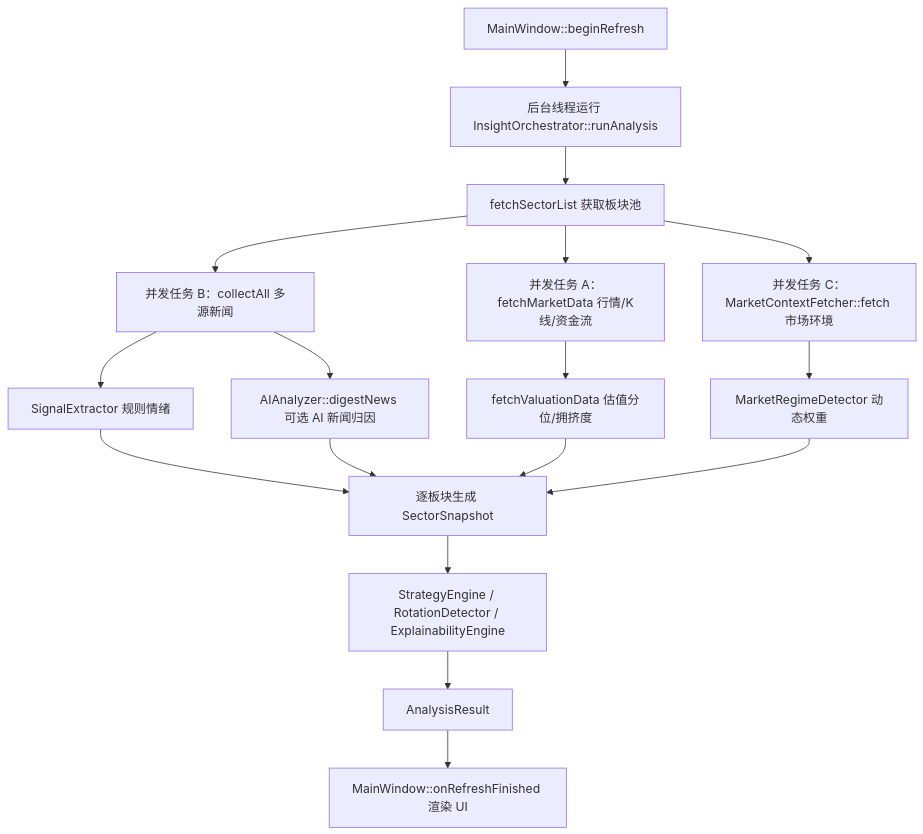
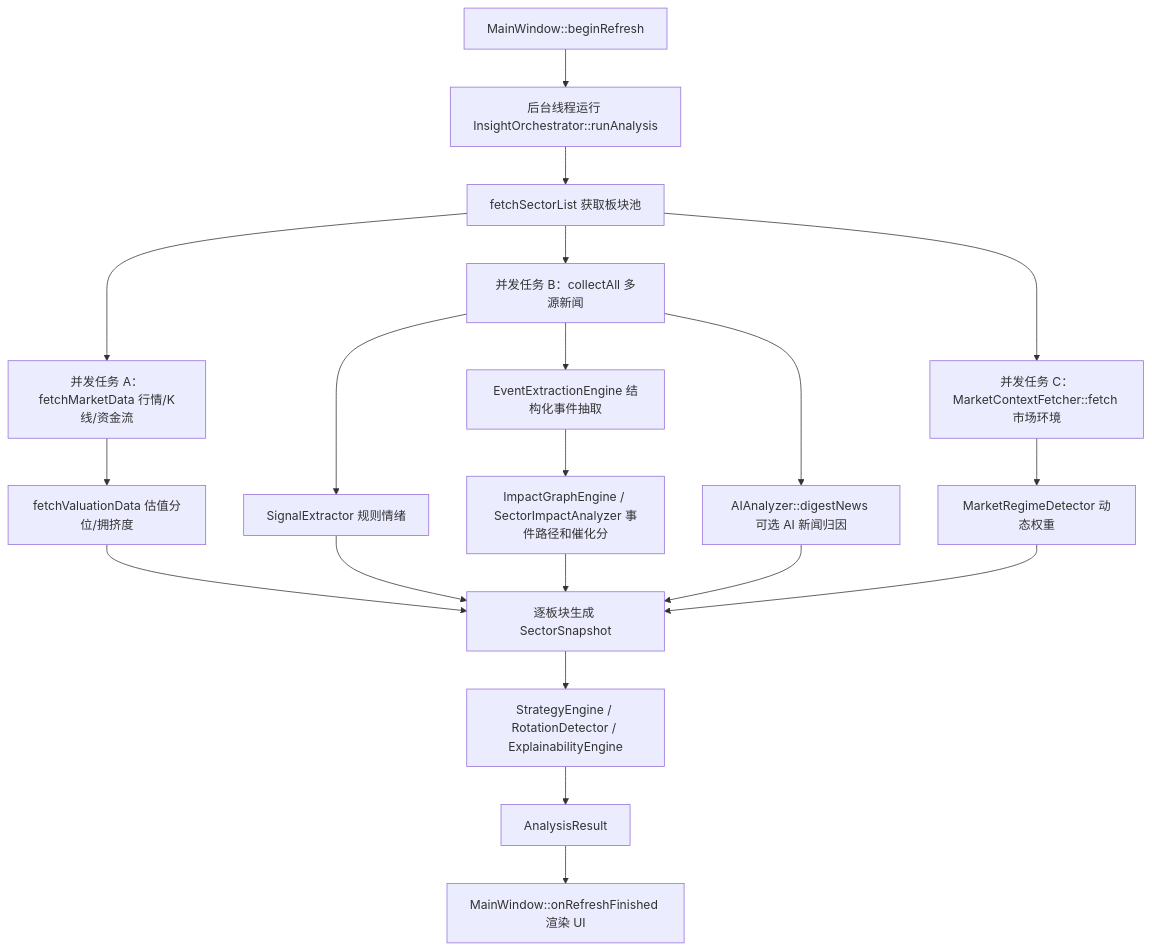
The diagram in docs/codex/PROJECT_CONTEXT.md (WavesTop/investmentTools), drawn with Mermaid before and after one commit. The commit also changed other lines of this file and 5 other files, not shown here.

````diff
--- a/docs/codex/PROJECT_CONTEXT.md
+++ b/docs/codex/PROJECT_CONTEXT.md
@@ -83,19 +83,22 @@
 ```mermaid
 flowchart TD
     A["MainWindow::beginRefresh"] --> B["后台线程运行 InsightOrchestrator::runAnalysis"]
     B --> C["fetchSectorList 获取板块池"]
     C --> D["并发任务 A：fetchMarketData 行情/K线/资金流"]
     C --> E["并发任务 B：collectAll 多源新闻"]
     C --> F["并发任务 C：MarketContextFetcher::fetch 市场环境"]
     E --> G["SignalExtractor 规则情绪"]
+    E --> EV["EventExtractionEngine 结构化事件抽取"]
+    EV --> EG["ImpactGraphEngine / SectorImpactAnalyzer 事件路径和催化分"]
     E --> H["AIAnalyzer::digestNews 可选 AI 新闻归因"]
     D --> I["fetchValuationData 估值分位/拥挤度"]
     F --> J["MarketRegimeDetector 动态权重"]
     G --> K["逐板块生成 SectorSnapshot"]
     H --> K
     I --> K
     J --> K
+    EG --> K
     K --> L["StrategyEngine / RotationDetector / ExplainabilityEngine"]
     L --> M["AnalysisResult"]
     M --> N["MainWindow::onRefreshFinished 渲染 UI"]
 ```
````
